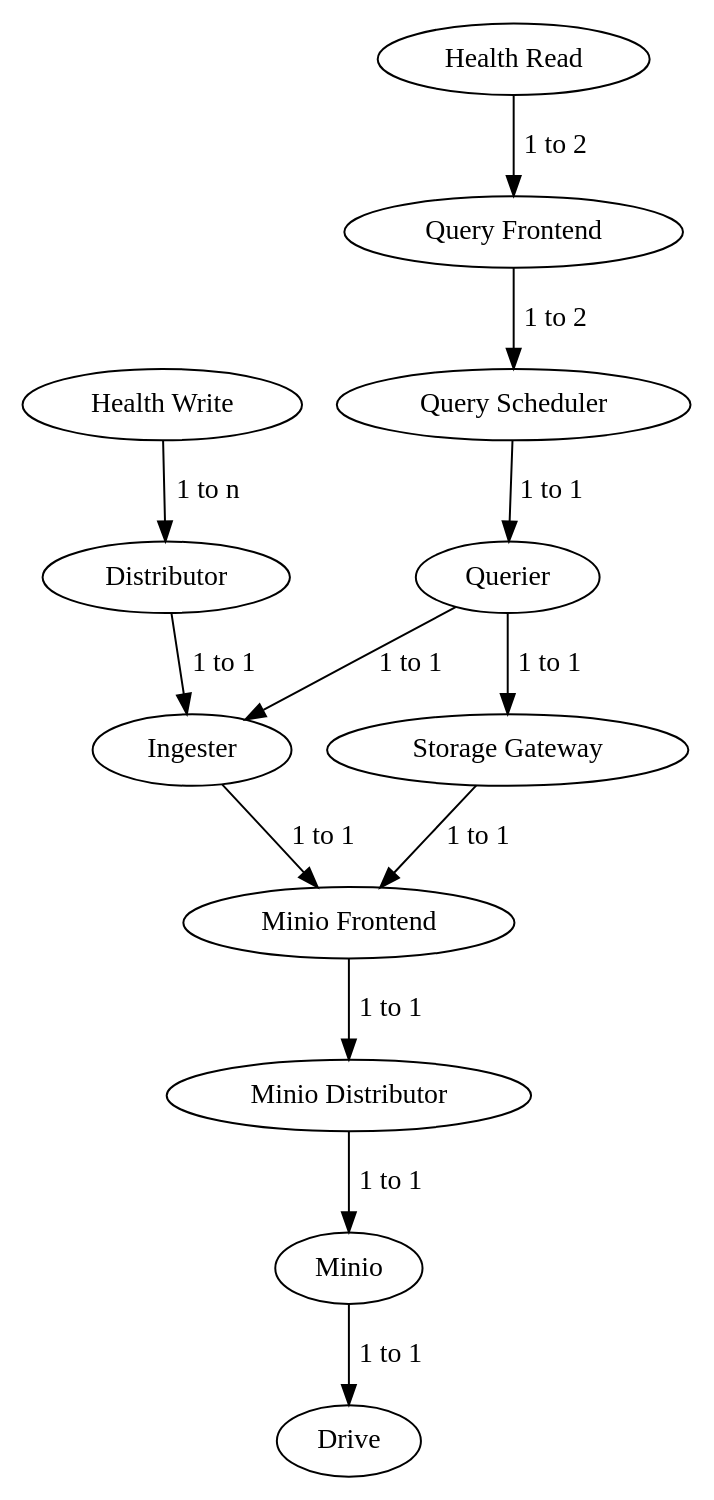
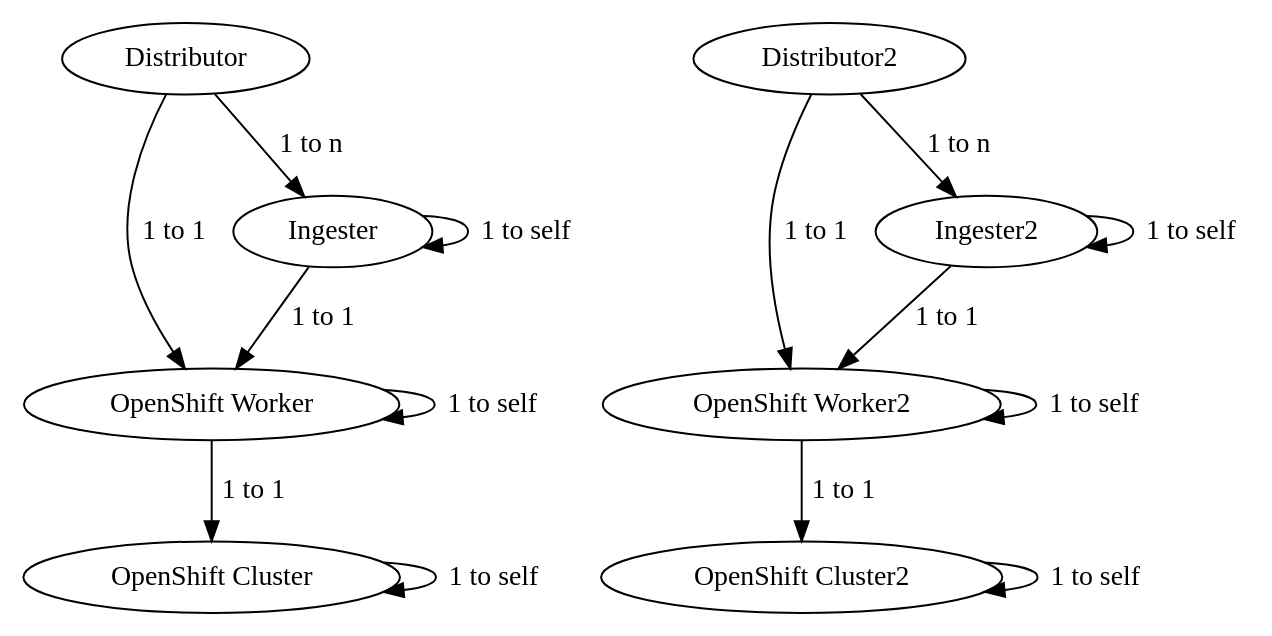
Before and after one commit to ChrisSteinbach/kauffman: the diagram in plg_old6.dot, drawn with Graphviz. The commit also changed 2 other files, not shown here.

```diff
--- a/plg_old6.dot
+++ b/plg_old6.dot
@@ -1,28 +1,34 @@
 digraph RBN {
-    HW [label="Health Write", func="random", instances=1];
-    HR [label="Health Read", func="random", instances=1];
+    W [label="OpenShift Worker", func="one(OpenShift Worker) & one(OpenShift Cluster)", instances=8];
+    C [label="OpenShift Cluster", func="copy", instances=2];
 
-    D [label="Distributor", func="random", instances=4];
-    I [label="Ingester", func="random", instances=4];
+    D [label="Distributor", func="one(OpenShift Worker) & one(Ingester)", instances=2];
+    I [label="Ingester", func="copy", instances=2];
 
-    QF [label="Query Frontend", func="random", instances=4];
-    QS [label="Query Scheduler", func="random", instances=4];
-    Q [label="Querier", func="random", instances=4];
-    SG [label="Storage Gateway", func="random", instances=4];
+    D -> I [label="1 to n"];
+    I -> I [label="1 to self"];
 
-    MF [label="Minio Frontend", func="random", instances=8];
-	MD [label="Minio Distributor", func="random", instances=8];
-    MIO [label="Minio", func="random", instances=8];
-    DRV [label="Drive", func="random", instances=8];
+    D -> W [label="1 to 1"];
+    I -> W [label="1 to 1"];
 
-    MF -> MD -> MIO [label="1 to 1"];
-    MIO -> DRV [label="1 to 1"];
-    HW -> D  [label="1 to n"];
-    D -> I [label="1 to 1"];
-    I -> MF [label="1 to 1"];
-    HR -> QF -> QS [label="1 to 2"];
-    QS -> Q [label="1 to 1"];
-    Q -> SG [label="1 to 1"];
-    SG -> MF [label="1 to 1"];
-    Q -> I [label="1 to 1"]; 
+    W -> W [label="1 to self"];
+    W -> C [label="1 to 1"];
+    C -> C [label="1 to self"];
+
+
+    W2 [label="OpenShift Worker2", func="one(OpenShift Worker2) & one(OpenShift Cluster2)", instances=8];
+    C2 [label="OpenShift Cluster2", func="copy", instances=2];
+
+    D2 [label="Distributor2", func="one(OpenShift Worker2) & one(Ingester2)", instances=2];
+    I2 [label="Ingester2", func="copy", instances=2];
+
+    D2 -> I2 [label="1 to n"];
+    I2 -> I2 [label="1 to self"];
+
+    D2 -> W2 [label="1 to 1"];
+    I2 -> W2 [label="1 to 1"];
+
+    W2 -> W2 [label="1 to self"];
+    W2 -> C2 [label="1 to 1"];
+    C2 -> C2 [label="1 to self"];
 }
```
